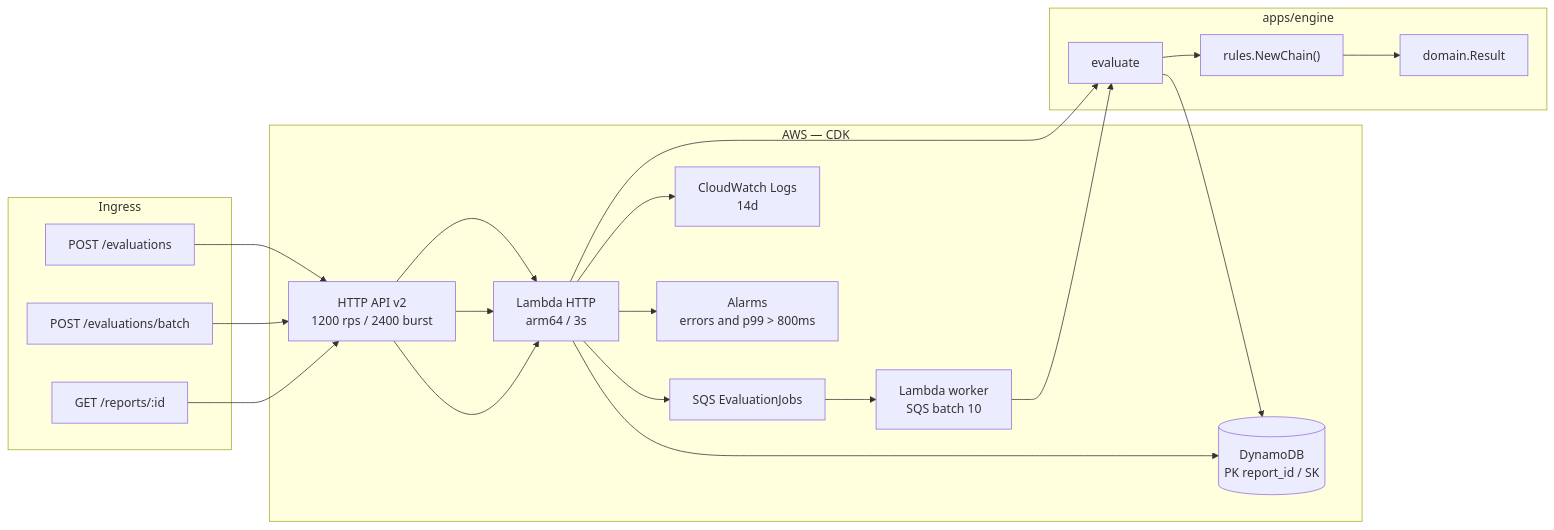
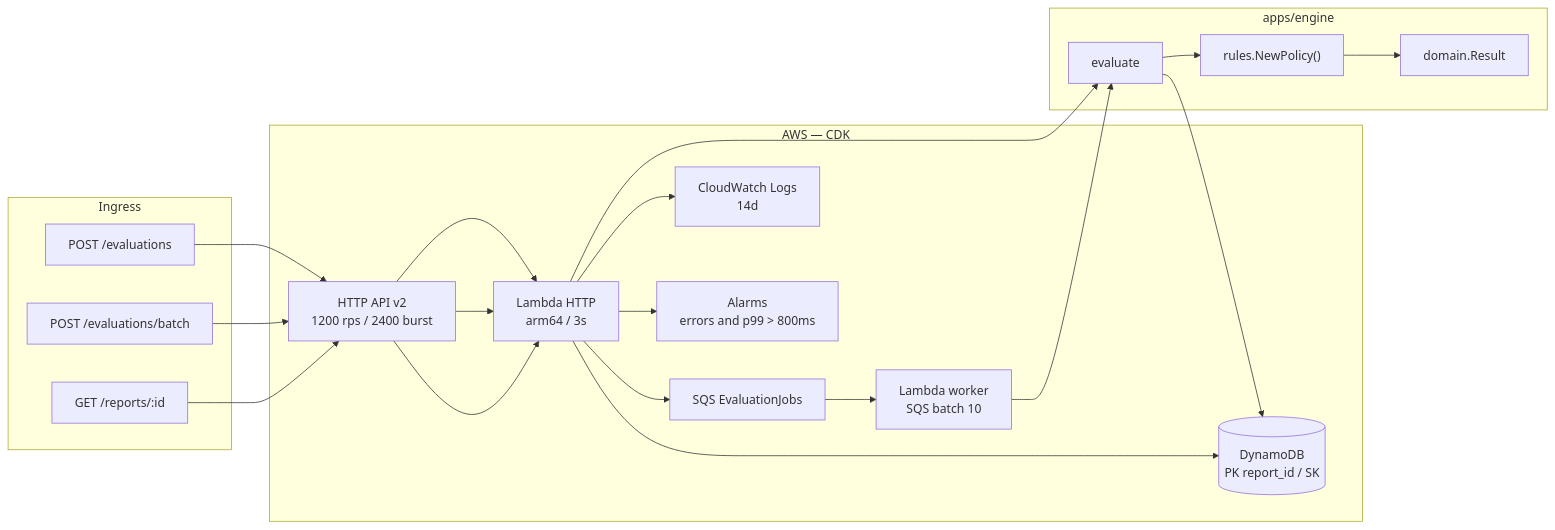
The first of 3 diagrams in docs/architecture.md (vitoladev/credit-card-engine), drawn with Mermaid before and after one commit. The commit also changed other lines of this file and 27 other files, not shown here.

````diff
--- a/docs/architecture.md
+++ b/docs/architecture.md
@@ -31,32 +31,32 @@
 ```mermaid
 flowchart LR
   subgraph clients [Ingress]
     sync["POST /evaluations"]
     batch["POST /evaluations/batch"]
     get["GET /reports/:id"]
   end
 
   subgraph edge [AWS — CDK]
     api["HTTP API v2\n1200 rps / 2400 burst"]
     fn["Lambda HTTP\narm64 / 3s"]
     q["SQS EvaluationJobs"]
     worker["Lambda worker\nSQS batch 10"]
     ddb[("DynamoDB\nPK report_id / SK")]
     logs["CloudWatch Logs\n14d"]
     alarms["Alarms\nerrors and p99 > 800ms"]
   end
 
   subgraph core [apps/engine]
     ev["evaluate"]
-    chain["rules.NewChain()"]
+    chain["rules.NewPolicy()"]
     domain["domain.Result"]
   end
 
   sync --> api --> fn --> ev
   batch --> api --> fn --> q --> worker --> ev
   get --> api --> fn --> ddb
   ev --> chain --> domain
   ev --> ddb
   fn --> logs
   fn --> alarms
 ```
````
